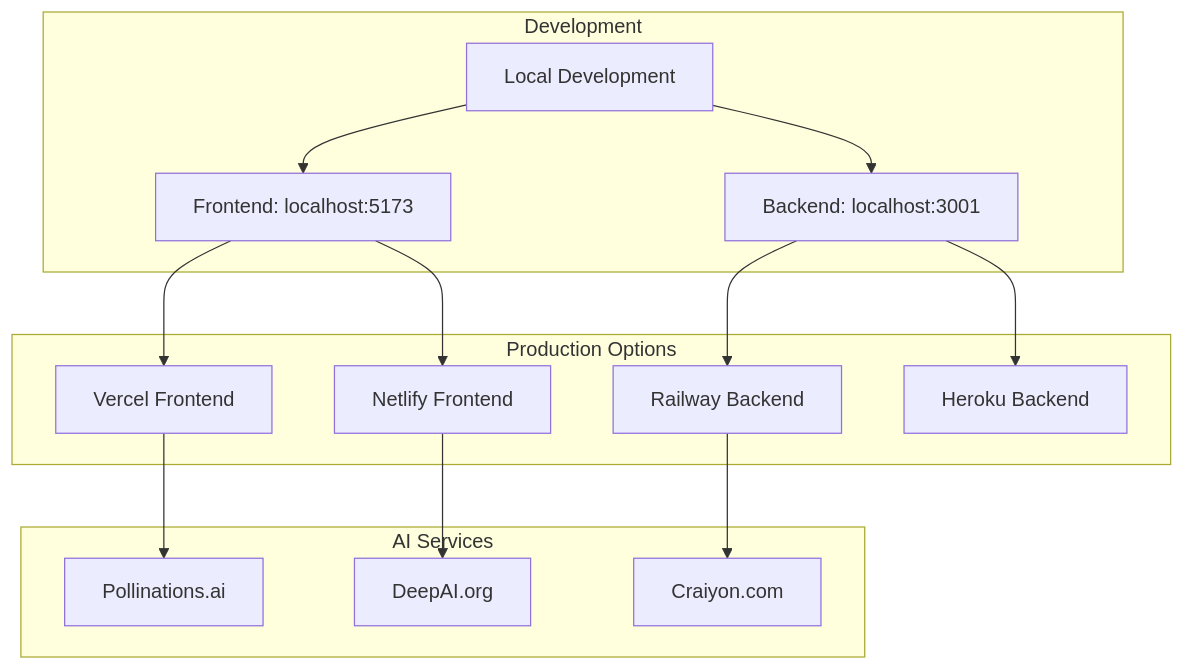
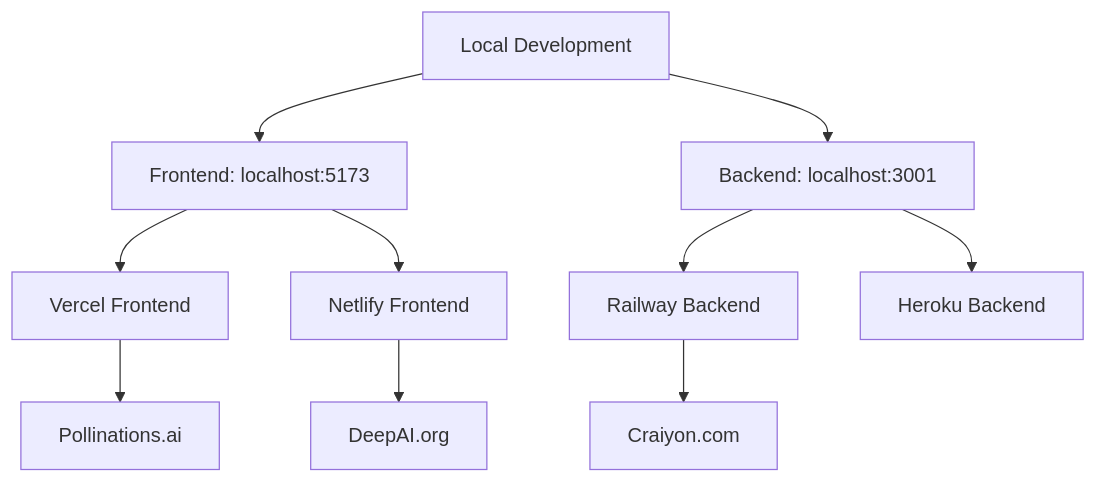
Before and after one commit to MariyamSeemab/KiroWeek4: the ninth of 9 diagrams in retro-ai-paint/ARCHITECTURE.md, drawn with Mermaid. The commit also changed other lines of this file and 7 other files, not shown here.

````diff
--- a/retro-ai-paint/ARCHITECTURE.md
+++ b/retro-ai-paint/ARCHITECTURE.md
@@ -361,33 +236,14 @@
 ```mermaid
-graph TB
-    subgraph "Development"
-        Dev[Local Development]
-        Frontend[Frontend: localhost:5173]
-        Backend[Backend: localhost:3001]
-    end
+graph TD
+    A[Local Development] --> B[Frontend: localhost:5173]
+    A --> C[Backend: localhost:3001]
     
-    subgraph "Production Options"
-        Vercel[Vercel Frontend]
-        Railway[Railway Backend]
-        Netlify[Netlify Frontend]
-        Heroku[Heroku Backend]
-    end
+    B --> D[Vercel Frontend]
+    B --> E[Netlify Frontend]
+    C --> F[Railway Backend]
+    C --> G[Heroku Backend]
     
-    subgraph "AI Services"
-        Pollinations[Pollinations.ai]
-        Craiyon[Craiyon.com]
-        DeepAI[DeepAI.org]
-    end
-    
-    Dev --> Frontend
-    Dev --> Backend
-    
-    Frontend --> Vercel
-    Frontend --> Netlify
-    Backend --> Railway
-    Backend --> Heroku
-    
-    Vercel --> Pollinations
-    Railway --> Craiyon
-    Netlify --> DeepAI
+    D --> H[Pollinations.ai]
+    F --> I[Craiyon.com]
+    E --> J[DeepAI.org]
 ```
````
